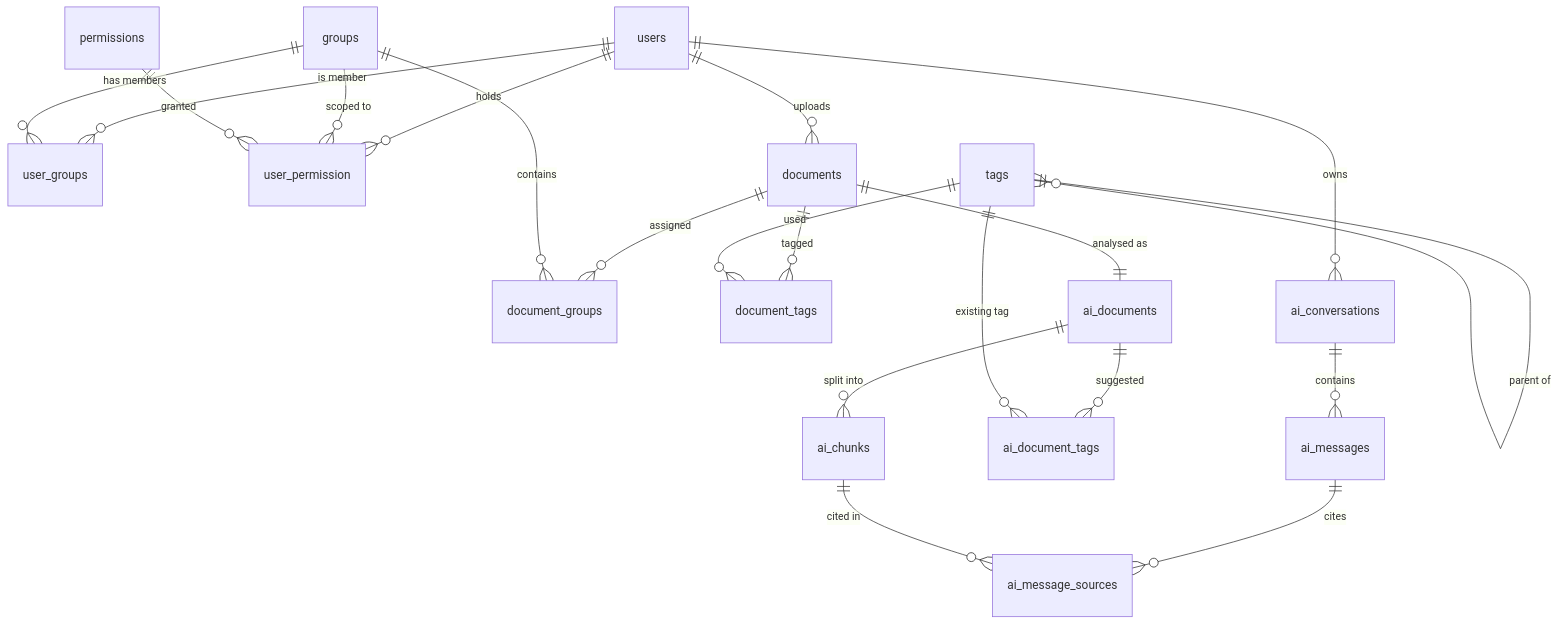
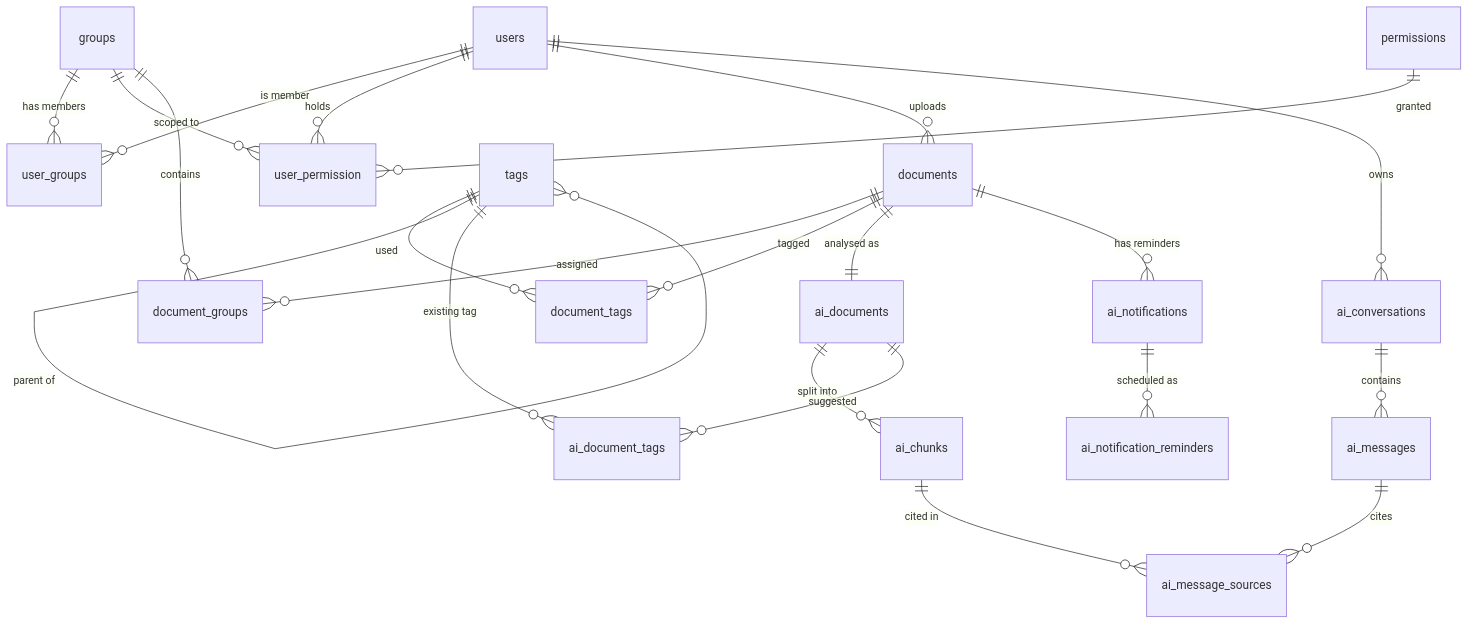
The second of 2 diagrams in README.md (ghambrec/42-ft_transcendence-Archie), drawn with Mermaid before and after one commit. The commit also changed other lines of this file, not shown here.

````diff
--- a/README.md
+++ b/README.md
@@ -203,22 +211,24 @@
 ```mermaid
 erDiagram
     users ||--o{ user_groups : "is member"
     groups ||--o{ user_groups : "has members"
     users ||--o{ user_permission : "holds"
     groups ||--o{ user_permission : "scoped to"
     permissions ||--o{ user_permission : "granted"
     users ||--o{ documents : "uploads"
     documents ||--o{ document_groups : "assigned"
     groups ||--o{ document_groups : "contains"
     documents ||--o{ document_tags : "tagged"
     tags ||--o{ document_tags : "used"
     tags ||--o{ tags : "parent of"
     documents ||--|| ai_documents : "analysed as"
     ai_documents ||--o{ ai_chunks : "split into"
     ai_documents ||--o{ ai_document_tags : "suggested"
     tags ||--o{ ai_document_tags : "existing tag"
     users ||--o{ ai_conversations : "owns"
     ai_conversations ||--o{ ai_messages : "contains"
     ai_messages ||--o{ ai_message_sources : "cites"
     ai_chunks ||--o{ ai_message_sources : "cited in"
+    documents ||--o{ ai_notifications : "has reminders"
+    ai_notifications ||--o{ ai_notification_reminders : "scheduled as"
 ```
````
